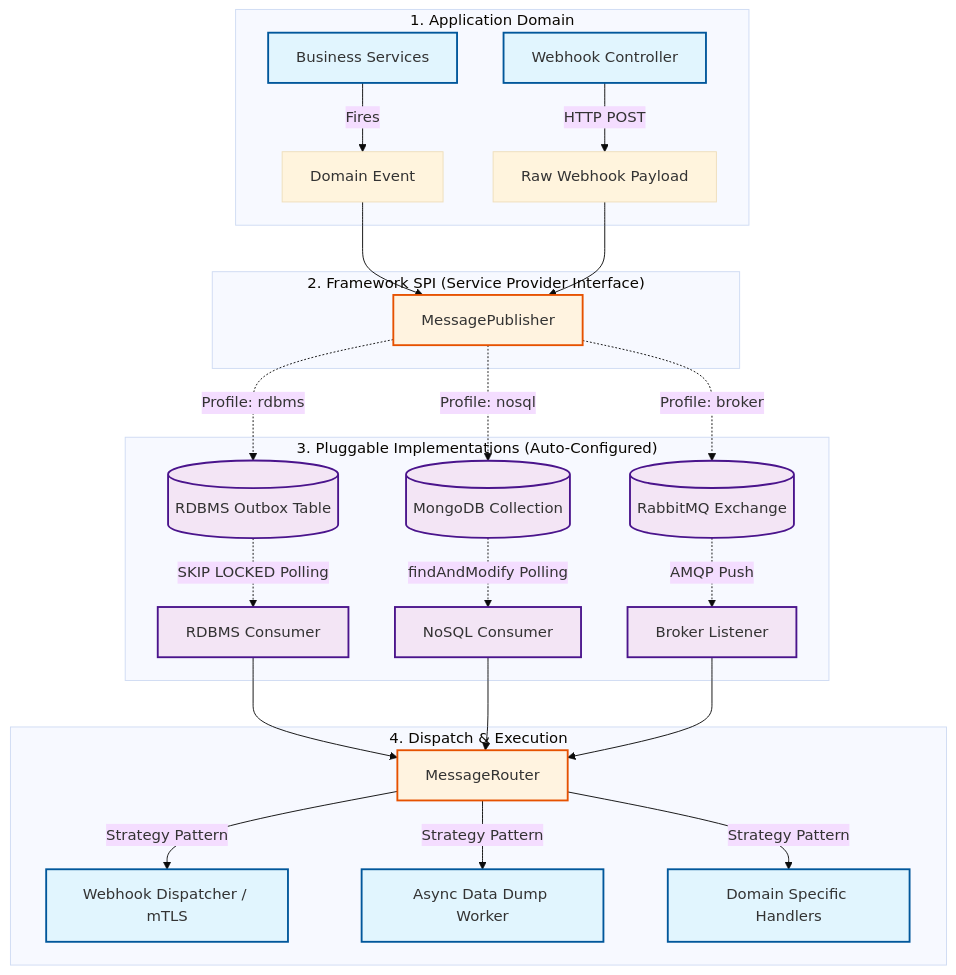
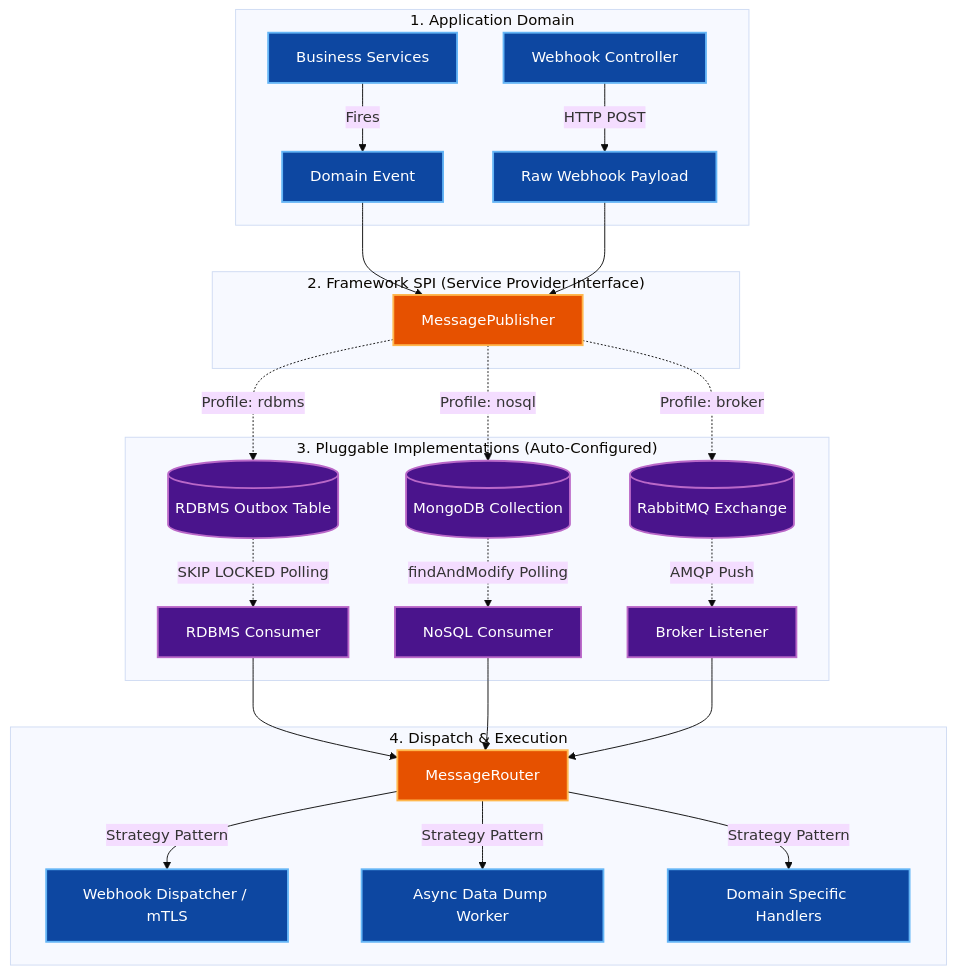
The diagram in README.md (leryongfeng/messaging), drawn with Mermaid (base theme) before and after one commit. The commit also changed other lines of this file and 1 other file, not shown here.

Commit message:
Update README.md and flowchart

````diff
--- a/README.md
+++ b/README.md
@@ -25,41 +24,41 @@
 ```mermaid
 graph TD
     subgraph "1. Application Domain"
         Biz[Business Services] -->|Fires| DomainEvent[Domain Event]
         Ingress[Webhook Controller] -->|HTTP POST| RawPayload[Raw Webhook Payload]
     end
 
     subgraph "2. Framework SPI (Service Provider Interface)"
         DomainEvent --> Publisher[MessagePublisher]
         RawPayload --> Publisher
     end
 
     subgraph "3. Pluggable Implementations (Auto-Configured)"
         Publisher -.->|Profile: rdbms| RdbmsStore[(RDBMS Outbox Table)]
         Publisher -.->|Profile: nosql| MongoStore[(MongoDB Collection)]
         Publisher -.->|Profile: broker| RabbitMq[(RabbitMQ Exchange)]
 
         RdbmsStore -.->|SKIP LOCKED Polling| RdbmsConsumer[RDBMS Consumer]
         MongoStore -.->|findAndModify Polling| MongoConsumer[NoSQL Consumer]
         RabbitMq -.->|AMQP Push| RabbitConsumer[Broker Listener]
     end
 
     subgraph "4. Dispatch & Execution"
         RdbmsConsumer --> Router[MessageRouter]
         MongoConsumer --> Router
         RabbitConsumer --> Router
 
         Router -->|Strategy Pattern| H1[Webhook Dispatcher / mTLS]
         Router -->|Strategy Pattern| H2[Async Data Dump Worker]
         Router -->|Strategy Pattern| H3[Domain Specific Handlers]
     end
 
-    classDef core fill:#e1f5fe,stroke:#01579b,stroke-width:2px;
-    classDef spi fill:#fff3e0,stroke:#e65100,stroke-width:2px;
-    classDef impl fill:#f3e5f5,stroke:#4a148c,stroke-width:2px;
-    
-    class Biz,Ingress,H1,H2,H3 core;
+%% Dark Mode Optimized Styles
+    classDef core fill:#0D47A1,stroke:#64B5F6,stroke-width:2px,color:#FFFFFF;
+    classDef spi fill:#E65100,stroke:#FFB74D,stroke-width:2px,color:#FFFFFF;
+    classDef impl fill:#4A148C,stroke:#BA68C8,stroke-width:2px,color:#FFFFFF;
+
+    class Biz,Ingress,H1,H2,H3,DomainEvent,RawPayload core;
     class Publisher,Router spi;
     class RdbmsStore,MongoStore,RabbitMq,RdbmsConsumer,MongoConsumer,RabbitConsumer impl;
-
 ```
````
